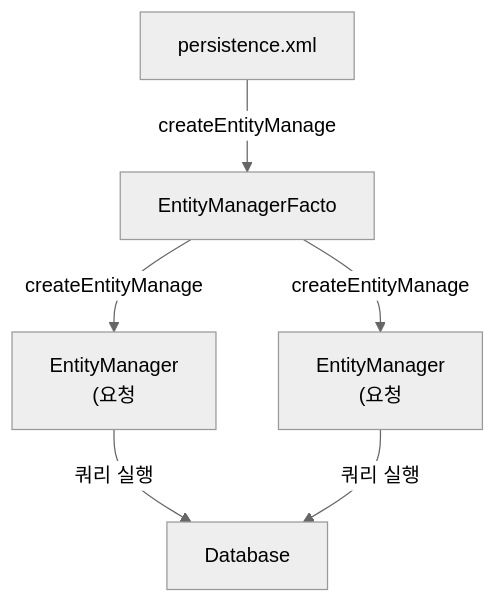
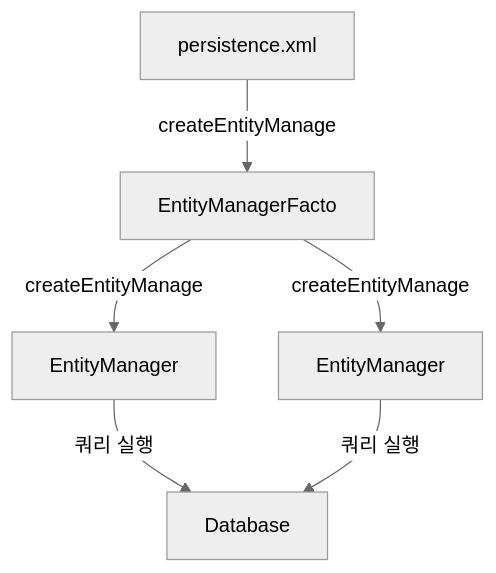
Before and after one commit to yjkim2015/yjkim2015.github.io: the second of 2 diagrams in _posts/jpa/2021-10-10-Jpa 시작하기.md, drawn with Mermaid (neutral theme). The commit also changed 217 other files, not shown here.

First line of the commit message:
Mermaid 크기 수정: useMaxWidth:true + SVG max-width:100% + 라벨 축소

````diff
--- a/_posts/jpa/2021-10-10-Jpa 시작하기.md
+++ b/_posts/jpa/2021-10-10-Jpa 시작하기.md
@@ -102,6 +102,6 @@
 ```mermaid
 graph TD
     XML["persistence.xml"] -->|"createEntityManage"| EMF["EntityManagerFacto"]
-    EMF -->|"createEntityManage"| EM1["EntityManager\n(요청"] & EM2["EntityManager\n(요청"]
+    EMF -->|"createEntityManage"| EM1["EntityManager"] & EM2["EntityManager"]
     EM1 & EM2 -->|"쿼리 실행"| DB["Database"]
 ```
````
